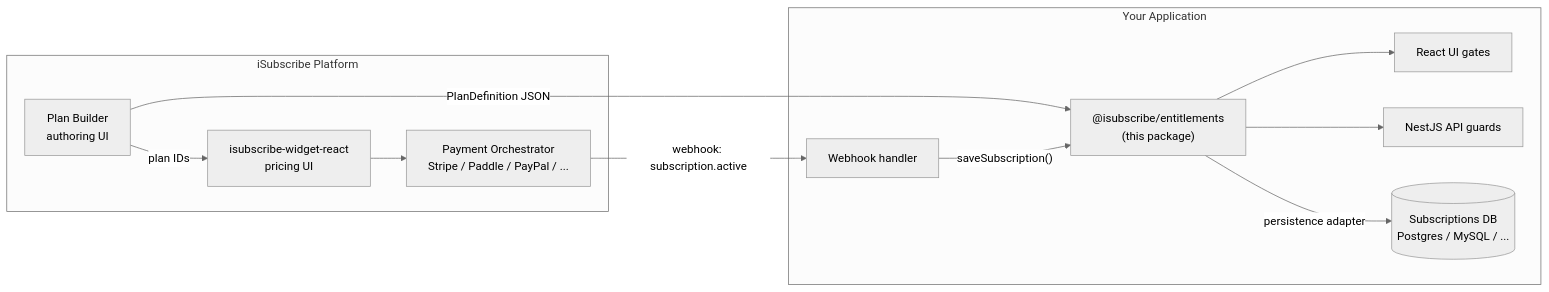
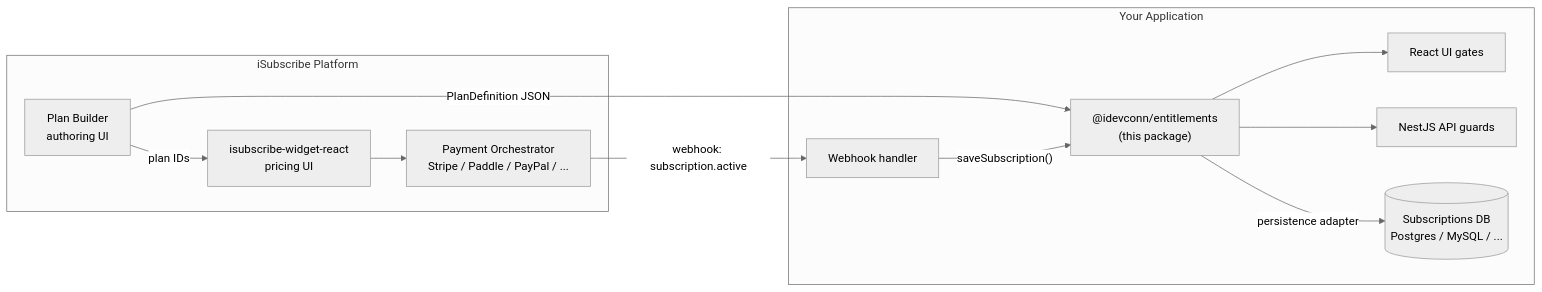
Before and after one commit to iDEVconn/isubscribe-entitlements: the first of 12 diagrams in doc/guide.md, drawn with Mermaid (neutral theme). The commit also changed other lines of this file and 27 other files, not shown here.

Commit message:
feat: update package-lock.json to reflect new package name and add entitlements module

````diff
--- a/doc/guide.md
+++ b/doc/guide.md
@@ -45,25 +45,25 @@
 ```mermaid
 flowchart LR
     subgraph platform [iSubscribe Platform]
         PlanBuilder[Plan Builder<br/>authoring UI]
         Widget[isubscribe-widget-react<br/>pricing UI]
         Orchestrator[Payment Orchestrator<br/>Stripe / Paddle / PayPal / ...]
     end
 
     subgraph consumer [Your Application]
         Webhook[Webhook handler]
-        Entitlements["@isubscribe/entitlements<br/>(this package)"]
+        Entitlements["@idevconn/entitlements<br/>(this package)"]
         UI[React UI gates]
         API[NestJS API guards]
         DB[("Subscriptions DB<br/>Postgres / MySQL / ...")]
     end
 
     PlanBuilder -->|"PlanDefinition JSON"| Entitlements
     PlanBuilder -->|"plan IDs"| Widget
     Widget --> Orchestrator
     Orchestrator -->|"webhook: subscription.active"| Webhook
     Webhook -->|"saveSubscription()"| Entitlements
     Entitlements -->|"persistence adapter"| DB
     Entitlements --> UI
     Entitlements --> API
 ```
````
